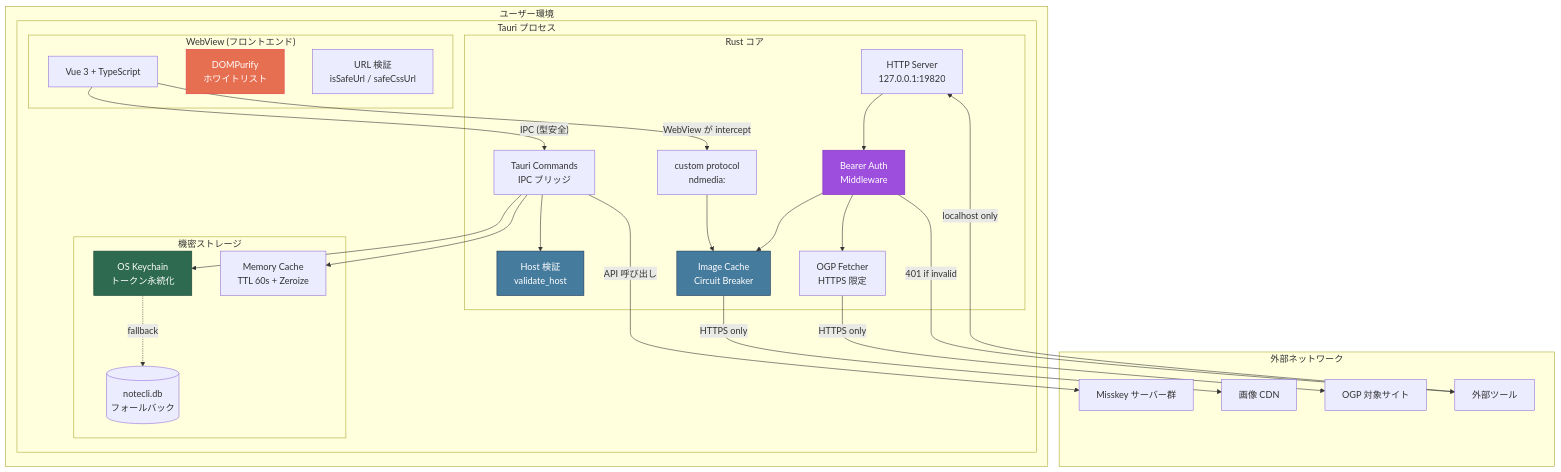
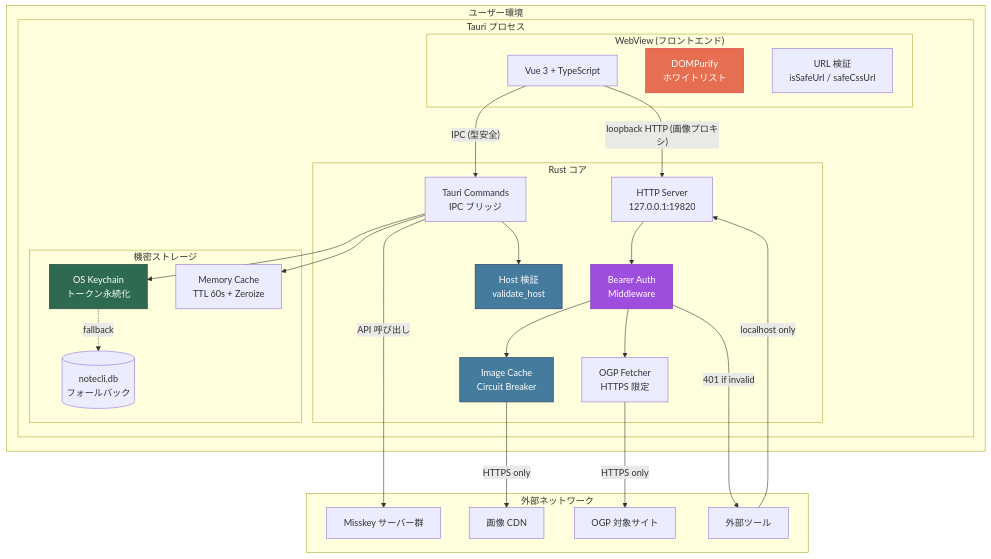
The first of 6 diagrams in SECURITY.md (notedeck-dev/notedeck), drawn with Mermaid before and after one commit. The commit also changed other lines of this file and 11 other files, not shown here.

````diff
--- a/SECURITY.md
+++ b/SECURITY.md
@@ -7,57 +7,55 @@
 ```mermaid
 graph TB
     subgraph "ユーザー環境"
         subgraph "Tauri プロセス"
             subgraph "WebView (フロントエンド)"
                 FE[Vue 3 + TypeScript]
                 DP[DOMPurify<br/>ホワイトリスト]
                 UV[URL 検証<br/>isSafeUrl / safeCssUrl]
             end
 
             subgraph "Rust コア"
                 CMD[Tauri Commands<br/>IPC ブリッジ]
-                NDM["custom protocol<br/>ndmedia:"]
                 HTTP[HTTP Server<br/>127.0.0.1:19820]
                 AUTH[Bearer Auth<br/>Middleware]
                 HV[Host 検証<br/>validate_host]
                 IC[Image Cache<br/>Circuit Breaker]
                 OGP[OGP Fetcher<br/>HTTPS 限定]
             end
 
             subgraph "機密ストレージ"
                 KC[OS Keychain<br/>トークン永続化]
                 MC[Memory Cache<br/>TTL 60s + Zeroize]
                 DB[(notecli.db<br/>フォールバック)]
             end
         end
     end
 
     subgraph "外部ネットワーク"
         MK[Misskey サーバー群]
         IMG[画像 CDN]
         WEB[OGP 対象サイト]
         EXT[外部ツール]
     end
 
     FE -->|"IPC (型安全)"| CMD
-    FE -->|"WebView が intercept"| NDM
-    NDM --> IC
+    FE -->|"loopback HTTP (画像プロキシ)"| HTTP
     EXT -->|"localhost only"| HTTP
     HTTP --> AUTH
     AUTH -->|"401 if invalid"| EXT
     AUTH --> IC
     AUTH --> OGP
     CMD --> HV
     CMD --> KC
     KC -.->|"fallback"| DB
     CMD --> MC
     IC -->|"HTTPS only"| IMG
     OGP -->|"HTTPS only"| WEB
     CMD -->|"API 呼び出し"| MK
 
     style KC fill:#2d6a4f,stroke:#1b4332,color:#fff
     style AUTH fill:#9d4edd,stroke:#7b2cbf,color:#fff
     style DP fill:#e76f51,stroke:#e63946,color:#fff
     style HV fill:#457b9d,stroke:#1d3557,color:#fff
     style IC fill:#457b9d,stroke:#1d3557,color:#fff
 ```
````
